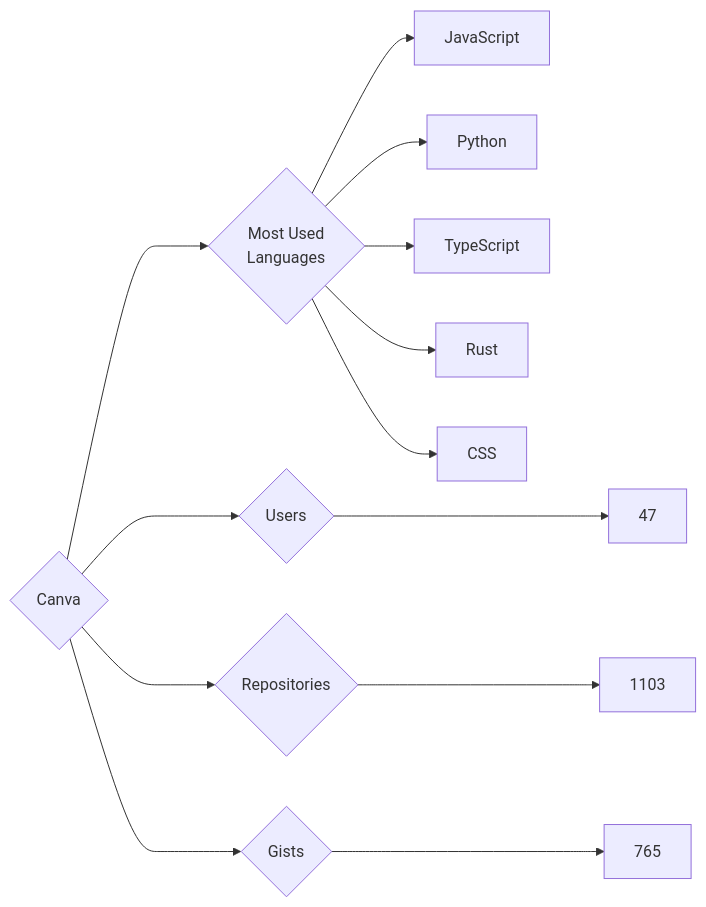
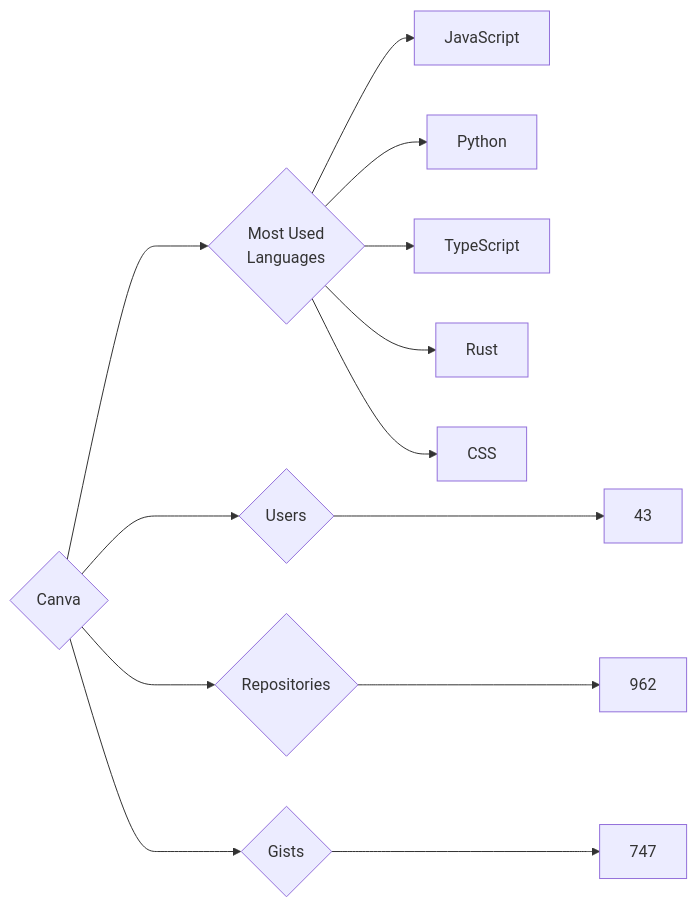
The diagram in targets/Canva/README.md (trickest/insiders), drawn with Mermaid before and after one commit. The commit also changed 681 other files, not shown here.

````diff
--- a/targets/Canva/README.md
+++ b/targets/Canva/README.md
@@ -3,13 +3,13 @@
 ```mermaid
 graph LR
 COMPANY_NAME{Canva}
-COMPANY_NAME ---> U{Users} ---> UN[47]
-COMPANY_NAME ---> R{Repositories} ---> RN[1103]
-COMPANY_NAME ---> G{Gists} ---> GN[765]
+COMPANY_NAME ---> U{Users} ---> UN[43]
+COMPANY_NAME ---> R{Repositories} ---> RN[962]
+COMPANY_NAME ---> G{Gists} ---> GN[747]
 COMPANY_NAME ---> ML{Most Used<br>Languages}
 ML --> JavaScript[JavaScript]
 ML --> Python[Python]
 ML --> TypeScript[TypeScript]
 ML --> Rust[Rust]
 ML --> CSS[CSS]
 ```
````
